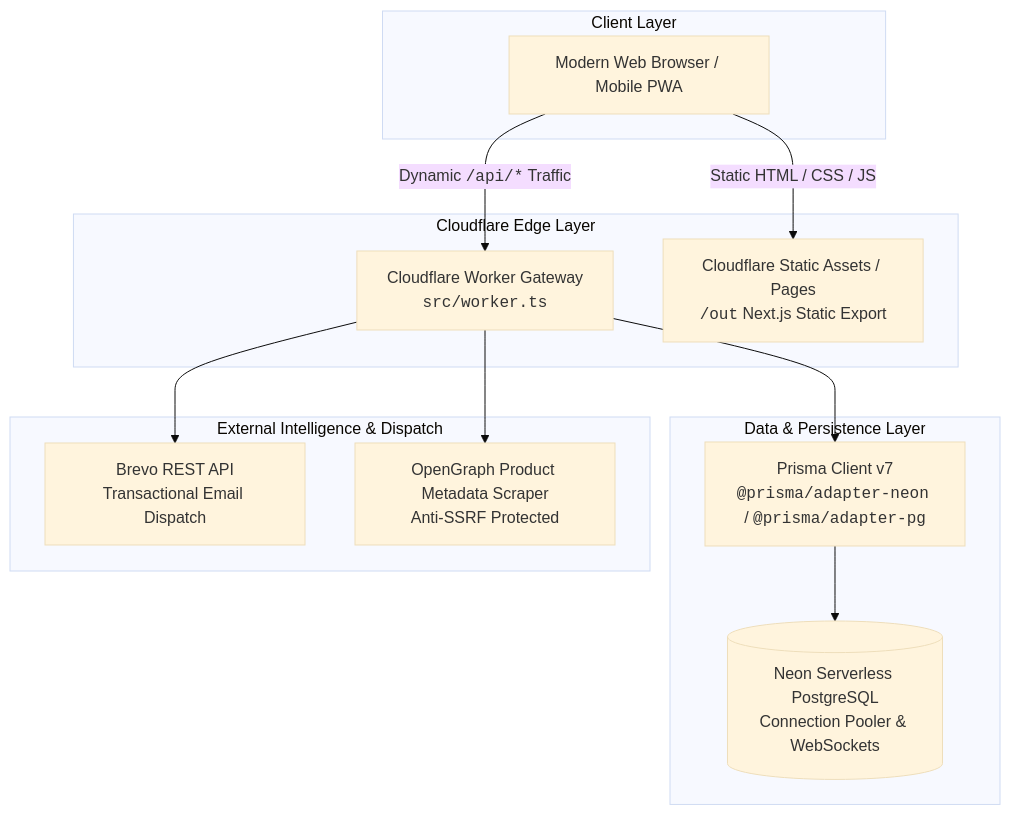
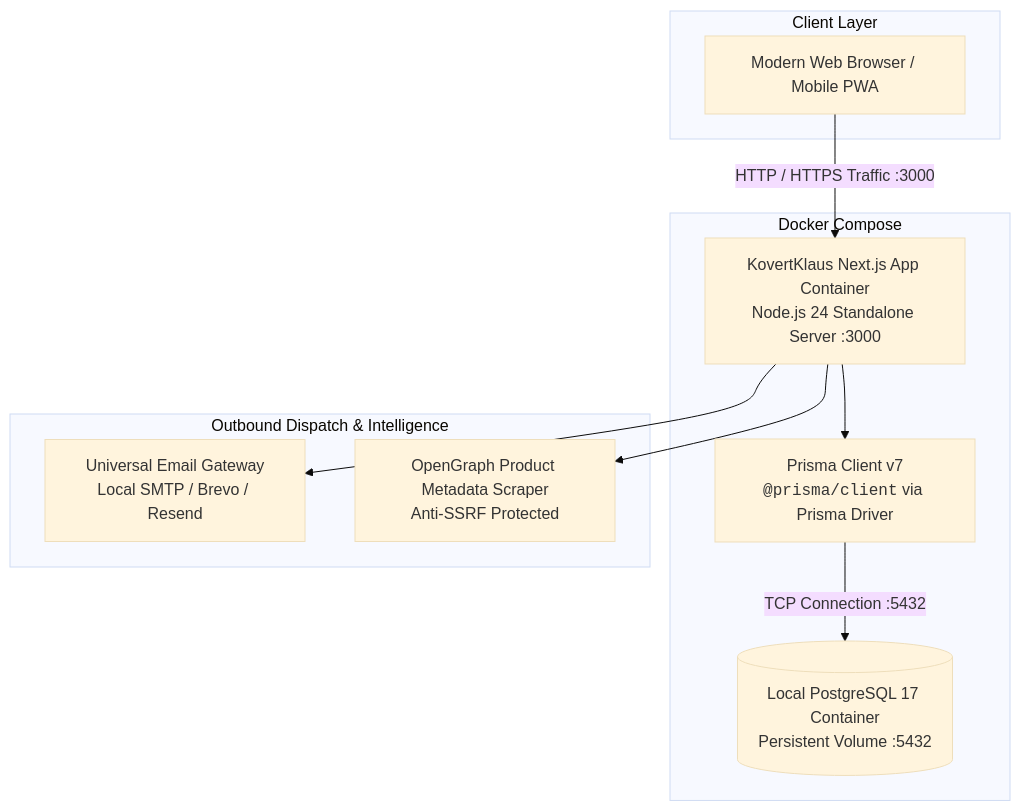
The first of 3 diagrams in docs/ARCHITECTURE.md (MrJSimpson/KovertKlaus), drawn with Mermaid (base theme) before and after one commit. The commit also changed other lines of this file and 6 other files, not shown here.

Commit message:
fix(core): dynamic homepage resolution, immutable mode locking, and clean self-hosted docs separation

````diff
--- a/docs/ARCHITECTURE.md
+++ b/docs/ARCHITECTURE.md
@@ -13,28 +13,23 @@
 ```mermaid
 flowchart TD
     subgraph Client Layer
         Browser[Modern Web Browser / Mobile PWA]
     end
 
-    subgraph Cloudflare Edge Layer
-        CF_Worker[Cloudflare Worker Gateway<br/><code>src/worker.ts</code>]
-        CF_Static[Cloudflare Static Assets / Pages<br/><code>/out</code> Next.js Static Export]
+    subgraph Self-Hosted Container Stack [Docker Compose]
+        App_Container[KovertKlaus Next.js App Container<br/>Node.js 24 Standalone Server :3000]
+        DB_Container[(Local PostgreSQL 17 Container<br/>Persistent Volume :5432)]
+        Prisma_ORM[Prisma Client v7<br/><code>@prisma/client</code> via Prisma Driver]
     end
 
-    subgraph Data & Persistence Layer
-        Neon_DB[(Neon Serverless PostgreSQL<br/>Connection Pooler & WebSockets)]
-        Prisma_ORM[Prisma Client v7<br/><code>@prisma/adapter-neon</code> / <code>@prisma/adapter-pg</code>]
-    end
-
-    subgraph External Intelligence & Dispatch
-        Brevo_API[Brevo REST API<br/>Transactional Email Dispatch]
+    subgraph Outbound Dispatch & Intelligence
+        Email_Gateway[Universal Email Gateway<br/>Local SMTP / Brevo / Resend]
         Scraper_Engine[OpenGraph Product Metadata Scraper<br/>Anti-SSRF Protected]
     end
 
-    Browser -->|Static HTML / CSS / JS| CF_Static
-    Browser -->|Dynamic <code>/api/*</code> Traffic| CF_Worker
-    CF_Worker --> Prisma_ORM
-    Prisma_ORM --> Neon_DB
-    CF_Worker --> Brevo_API
-    CF_Worker --> Scraper_Engine
+    Browser -->|HTTP / HTTPS Traffic :3000| App_Container
+    App_Container --> Prisma_ORM
+    Prisma_ORM -->|TCP Connection :5432| DB_Container
+    App_Container --> Email_Gateway
+    App_Container --> Scraper_Engine
 ```
````
